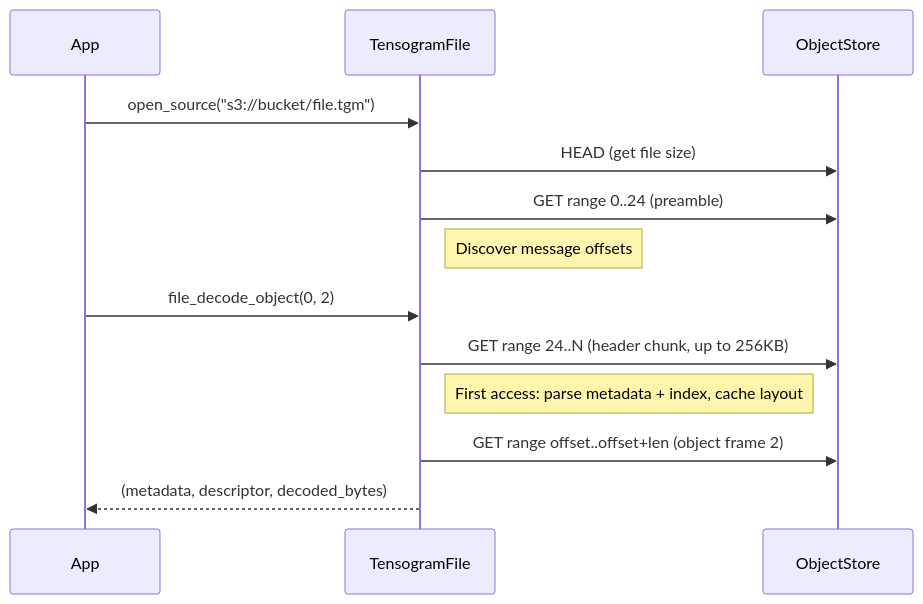
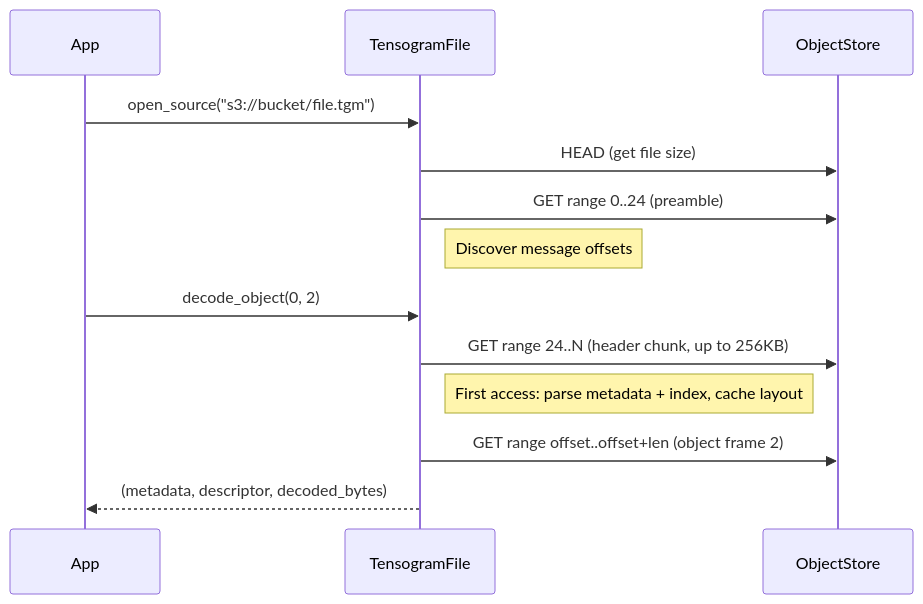
The diagram in docs/src/guide/remote-access.md (ecmwf/tensogram), drawn with Mermaid before and after one commit. The commit also changed other lines of this file and 4 other files, not shown here.

Commit message:
refactor: rename file_decode_* to decode_metadata/descriptors/object and tighten docs accuracy

````diff
--- a/docs/src/guide/remote-access.md
+++ b/docs/src/guide/remote-access.md
@@ -99,17 +99,17 @@
 ```mermaid
 sequenceDiagram
     participant App
     participant TensogramFile
     participant ObjectStore
 
     App->>TensogramFile: open_source("s3://bucket/file.tgm")
     TensogramFile->>ObjectStore: HEAD (get file size)
     TensogramFile->>ObjectStore: GET range 0..24 (preamble)
     Note right of TensogramFile: Discover message offsets
 
-    App->>TensogramFile: file_decode_object(0, 2)
+    App->>TensogramFile: decode_object(0, 2)
     TensogramFile->>ObjectStore: GET range 24..N (header chunk, up to 256KB)
     Note right of TensogramFile: First access: parse metadata + index, cache layout
     TensogramFile->>ObjectStore: GET range offset..offset+len (object frame 2)
     TensogramFile-->>App: (metadata, descriptor, decoded_bytes)
 ```
````
